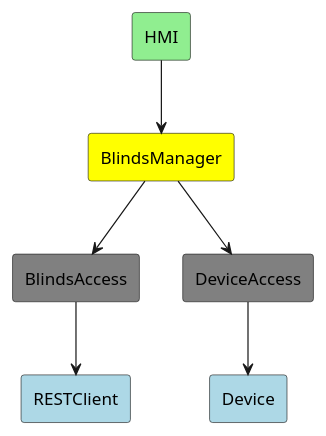
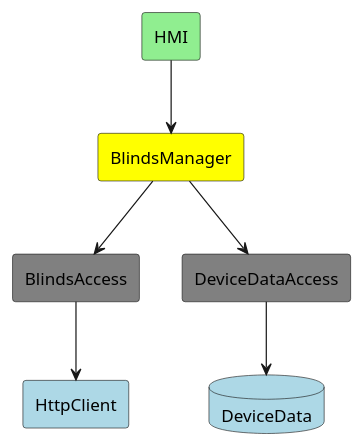
The diagram in documentation/diagrams/call-chain-move-blinds.puml (k-phi/M5Core2BlindsController), drawn with PlantUML before and after one commit. The commit also changed 10 other files, not shown here.

```diff
--- a/documentation/diagrams/call-chain-move-blinds.puml
+++ b/documentation/diagrams/call-chain-move-blinds.puml
@@ -1,18 +1,18 @@
 @startuml Chall Chain Move Blinds
 
 skinparam ComponentStyle rectangle
 
 [HMI] #LightGreen
 [BlindsManager] #Yellow
 [BlindsAccess] #Grey
-[DeviceAccess] #Grey
-[RESTClient] #LightBlue
-[Device] #LightBlue
+[DeviceDataAccess] #Grey
+[HttpClient] #LightBlue
+database DeviceData #LightBlue
 
 HMI --> BlindsManager
 BlindsManager --> BlindsAccess
-BlindsManager --> DeviceAccess
-BlindsAccess --> RESTClient
-DeviceAccess --> Device
+BlindsManager --> DeviceDataAccess
+BlindsAccess --> HttpClient
+DeviceDataAccess --> DeviceData
 
 @enduml
```
